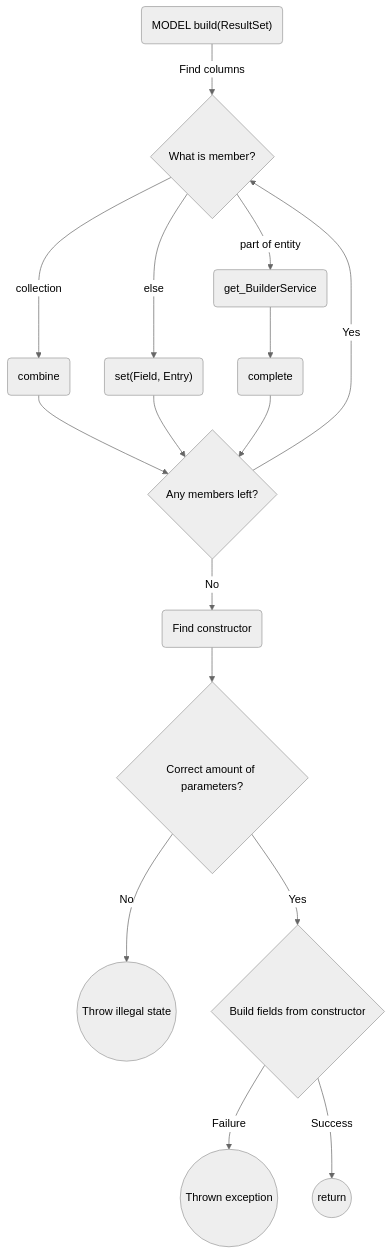
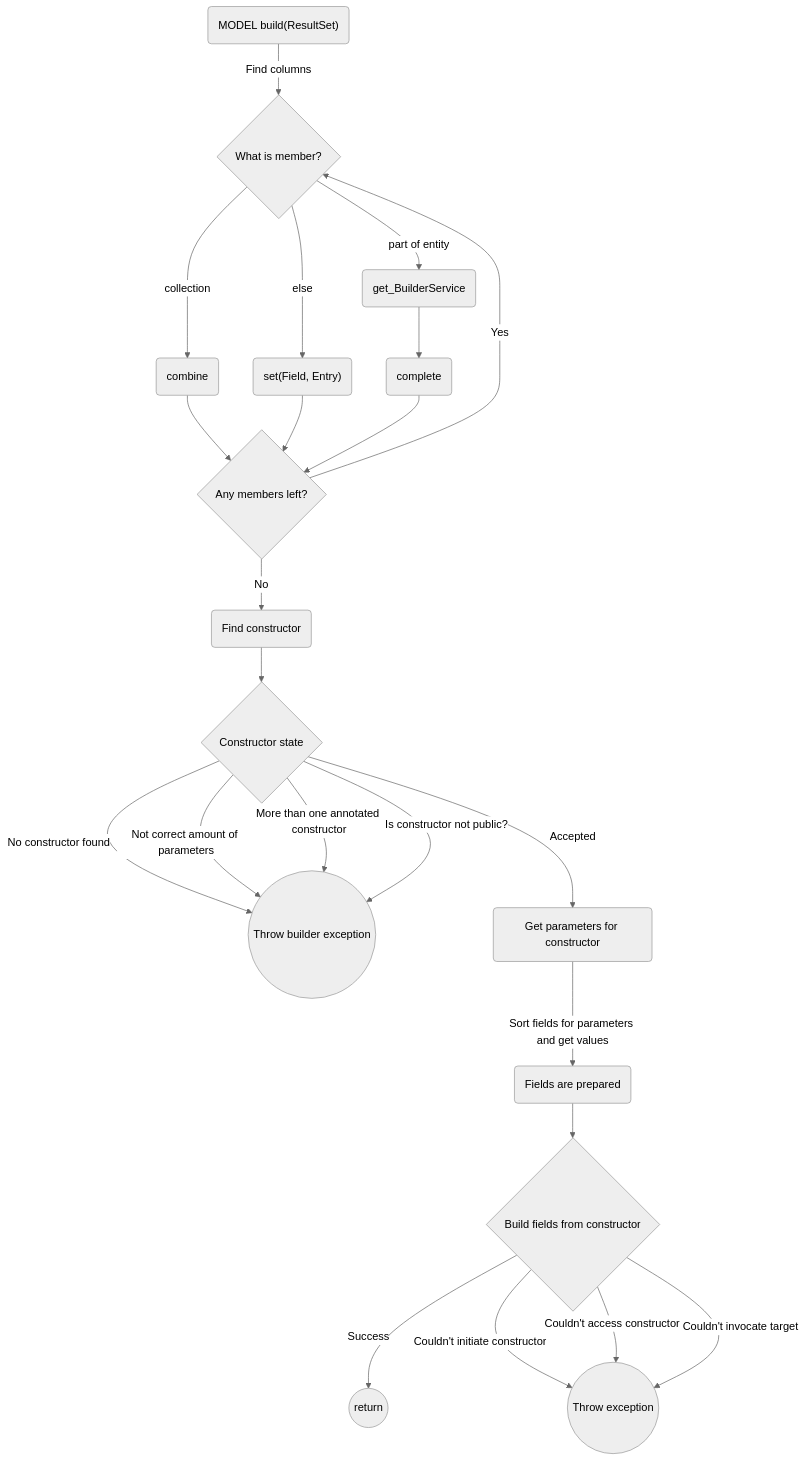
Before and after one commit to Laustrup/BandwichPersistence: the diagram in src/main/resources/diagrams/services/builder.mermaid, drawn with Mermaid (neutral theme). The commit also changed 18 other files, not shown here.

Commit message:
Better construct approach for builder service

```diff
--- a/src/main/resources/diagrams/services/builder.mermaid
+++ b/src/main/resources/diagrams/services/builder.mermaid
@@ -1,16 +1,23 @@
 flowchart TD
     build("MODEL build(ResultSet)") -->|Find columns| memberfication{"What is member?"}
     memberfication -->|collection| combine("combine")
     memberfication -->|part of entity| getBuilder("get_BuilderService")
     getBuilder --> complete("complete")
     memberfication -->|else| setField("set(Field, Entry)")
     combine --> anyMembersLeft{"Any members left?"}
     setField --> anyMembersLeft
     complete --> anyMembersLeft
     anyMembersLeft -->|Yes| memberfication
     anyMembersLeft -->|No| findConstructor("Find constructor")
-    findConstructor --> parameterCheck{"Correct amount of parameters?"}
-    parameterCheck -->|No| unequallyParameterCount(("Throw illegal state"))
-    parameterCheck -->|Yes| constructModel{"Build fields from constructor"}
-    constructModel -->|Failure| throwConstructorException(("Thrown exception"))
+    findConstructor --> constructorState{"Constructor state"}
+    constructorState -->|No constructor found| throwBuilderException(("Throw builder exception"))
+    constructorState -->|Not correct amount of parameters| throwBuilderException
+    constructorState -->|More than one annotated constructor| throwBuilderException
+    constructorState -->|Is constructor not public?| throwBuilderException
+    constructorState -->|Accepted| getConstructorParameters("Get parameters for constructor")
+    getConstructorParameters -->|Sort fields for parameters and get values| fieldsPrepared("Fields are prepared")
+    fieldsPrepared --> constructModel{"Build fields from constructor"}
     constructModel -->|Success| return(("return"))
+    constructModel -->|Couldn't initiate constructor| constructorBuildFailure(("Throw exception"))
+    constructModel -->|Couldn't access constructor| constructorBuildFailure
+    constructModel -->|Couldn't invocate target| constructorBuildFailure
```
